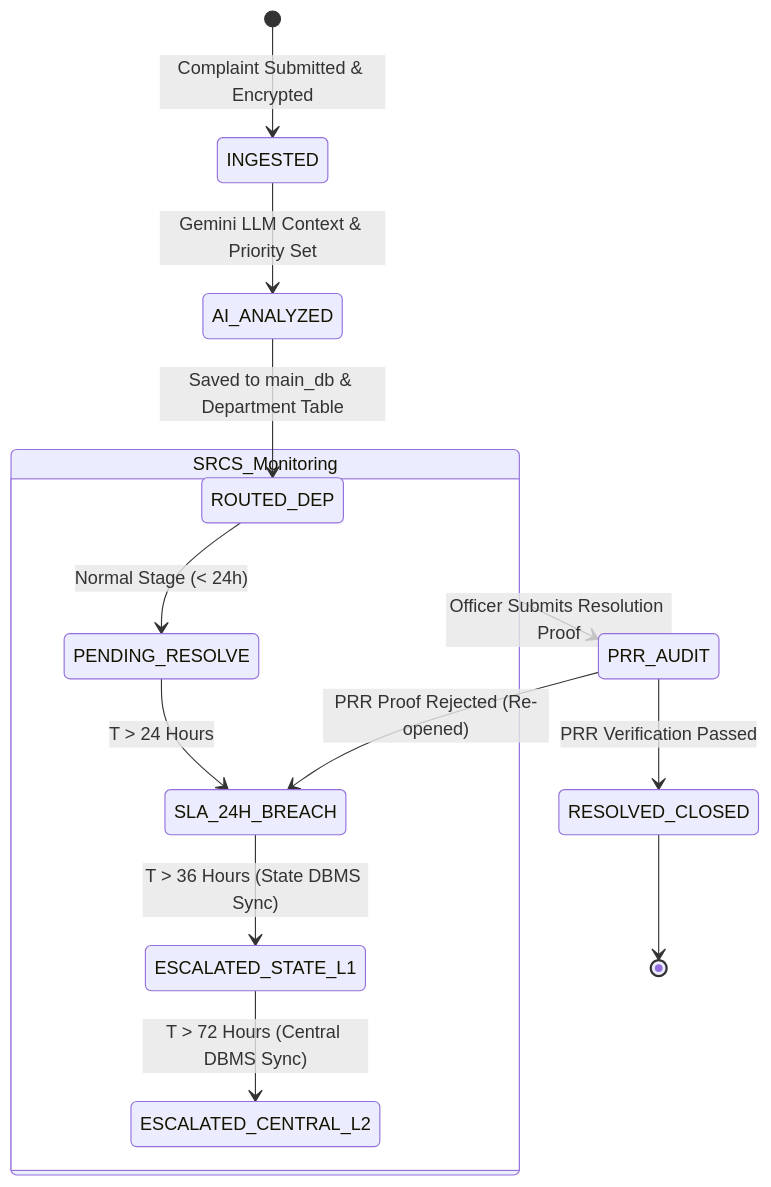
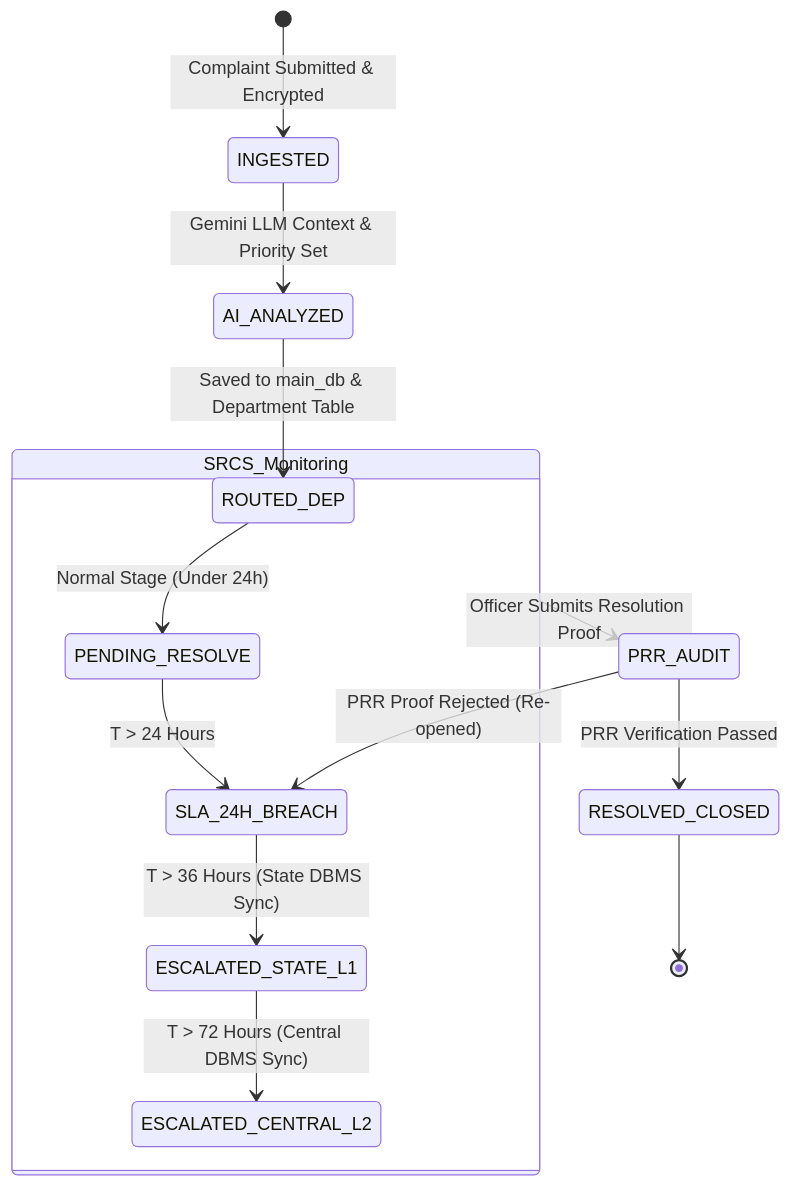
One commit to CSMU-CodeSync/SIH_02- changed the second of 2 diagrams in docs/Memory.md. Above: the diagram before and after it, drawn with Mermaid. The commit also changed other lines of this file and 10 other files, not shown here.

Commit message:
Update all markdown files with complete architecture diagrams and component references

````diff
--- a/docs/Memory.md
+++ b/docs/Memory.md
@@ -26,19 +78,19 @@
 ```mermaid
 stateDiagram-v2
- [*] --> INGESTED: Complaint Submitted & Encrypted
- INGESTED --> AI_ANALYZED: Gemini LLM Context & Priority Set
- AI_ANALYZED --> ROUTED_DEP: Saved to main_db & Department Table
- 
- state SRCS_Monitoring {
- ROUTED_DEP --> PENDING_RESOLVE: Normal Stage (< 24h)
- PENDING_RESOLVE --> SLA_24H_BREACH: T > 24 Hours
- SLA_24H_BREACH --> ESCALATED_STATE_L1: T > 36 Hours (State DBMS Sync)
- ESCALATED_STATE_L1 --> ESCALATED_CENTRAL_L2: T > 72 Hours (Central DBMS Sync)
- }
+    [*] --> INGESTED: Complaint Submitted & Encrypted
+    INGESTED --> AI_ANALYZED: Gemini LLM Context & Priority Set
+    AI_ANALYZED --> ROUTED_DEP: Saved to main_db & Department Table
+    
+    state SRCS_Monitoring {
+        ROUTED_DEP --> PENDING_RESOLVE: Normal Stage (Under 24h)
+        PENDING_RESOLVE --> SLA_24H_BREACH: T > 24 Hours
+        SLA_24H_BREACH --> ESCALATED_STATE_L1: T > 36 Hours (State DBMS Sync)
+        ESCALATED_STATE_L1 --> ESCALATED_CENTRAL_L2: T > 72 Hours (Central DBMS Sync)
+    }
 
- SRCS_Monitoring --> PRR_AUDIT: Officer Submits Resolution Proof
- PRR_AUDIT --> RESOLVED_CLOSED: PRR Verification Passed
- PRR_AUDIT --> SLA_24H_BREACH: PRR Proof Rejected (Re-opened)
- 
- RESOLVED_CLOSED --> [*]
+    SRCS_Monitoring --> PRR_AUDIT: Officer Submits Resolution Proof
+    PRR_AUDIT --> RESOLVED_CLOSED: PRR Verification Passed
+    PRR_AUDIT --> SLA_24H_BREACH: PRR Proof Rejected (Re-opened)
+    
+    RESOLVED_CLOSED --> [*]
 ```
````
